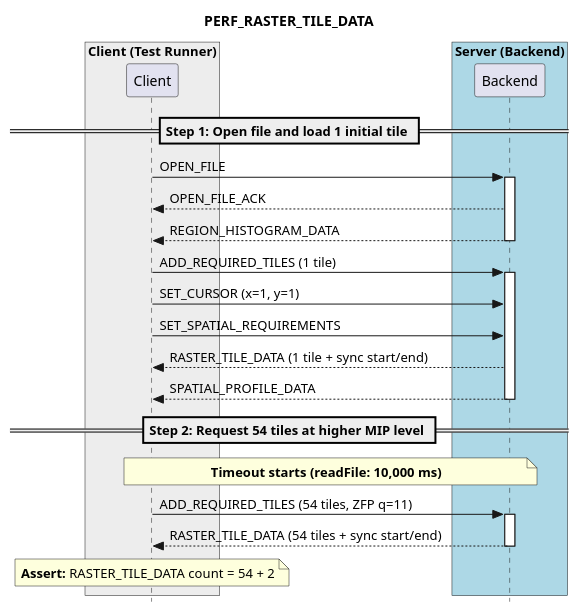
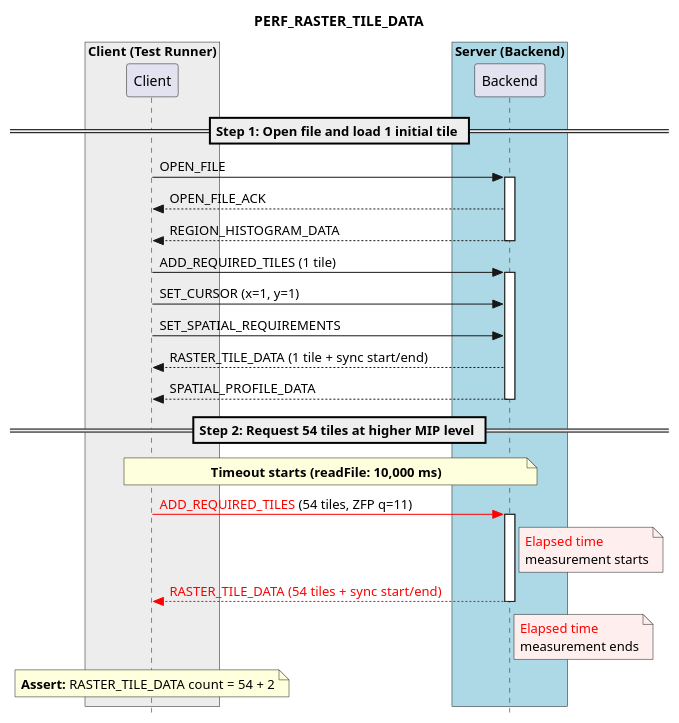
One commit to CARTAvis/ICD-RxJS changed the third of 9 diagrams in docs/source/performance.rst. Above: the diagram before and after it, drawn with PlantUML. The commit also changed other lines of this file, not shown here.

Commit message:
Add elapsed time measurement markers to PERF_RASTER_TILE_DATA diagram

```diff
--- a/docs/source/performance.rst
+++ b/docs/source/performance.rst
@@ -201,44 +202,55 @@
 .. uml::
 
     skinparam style strictuml
     hide footbox
     title PERF_RASTER_TILE_DATA
 
     box "Client (Test Runner)" #EDEDED
         participant Client
     end box
 
     box "Server (Backend)" #lightblue
         participant Backend
     end box
 
     == Step 1: Open file and load 1 initial tile ==
 
     Client -> Backend : OPEN_FILE
     activate Backend
     Client <-- Backend : OPEN_FILE_ACK
     Client <-- Backend : REGION_HISTOGRAM_DATA
     deactivate Backend
 
     Client -> Backend : ADD_REQUIRED_TILES (1 tile)
     activate Backend
     Client -> Backend : SET_CURSOR (x=1, y=1)
     Client -> Backend : SET_SPATIAL_REQUIREMENTS
     Client <-- Backend : RASTER_TILE_DATA (1 tile + sync start/end)
     Client <-- Backend : SPATIAL_PROFILE_DATA
     deactivate Backend
 
     == Step 2: Request 54 tiles at higher MIP level ==
 
     note over Client, Backend
         **Timeout starts (readFile: 10,000 ms)**
     end note
 
-    Client -> Backend : ADD_REQUIRED_TILES (54 tiles, ZFP q=11)
+    Client -[#red]> Backend : <font color="red">ADD_REQUIRED_TILES</font> (54 tiles, ZFP q=11)
     activate Backend
-    Client <-- Backend : RASTER_TILE_DATA (54 tiles + sync start/end)
+
+    note right of Backend #FFEEEE
+        <font color="red">Elapsed time
+        measurement starts
+    end note
+
+    Client <--[#red] Backend : <font color="red">RASTER_TILE_DATA (54 tiles + sync start/end)</font>
     deactivate Backend
+
+    note right of Backend #FFEEEE
+        <font color="red">Elapsed time
+        measurement ends
+    end note
 
     note over Client
         **Assert:** RASTER_TILE_DATA count = 54 + 2
     end note
```
